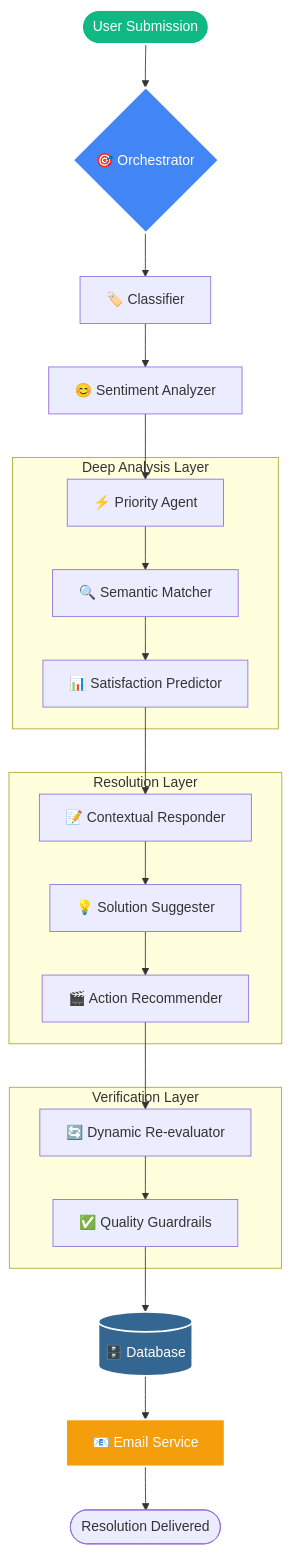
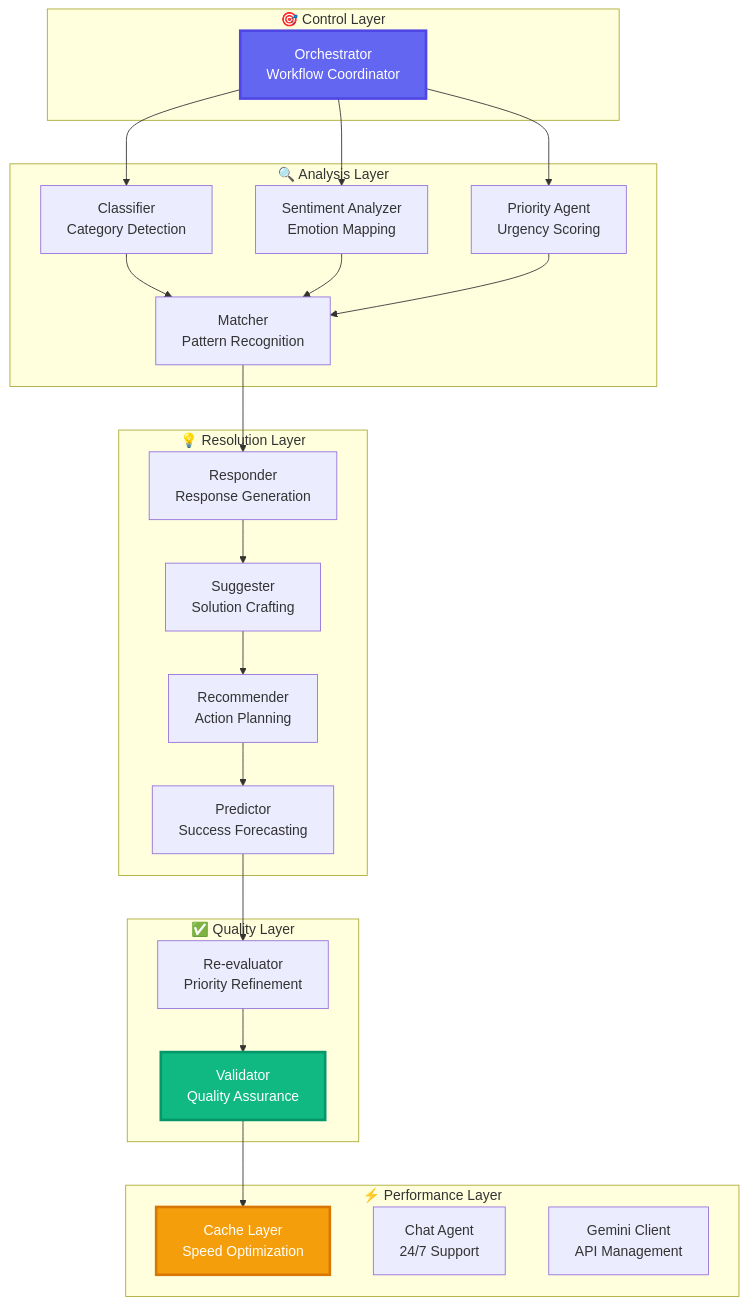
Before and after one commit to RiteshKumar2e/customer-complaint-agent_new: the second of 6 diagrams in README.md, drawn with Mermaid. The commit also changed other lines of this file, not shown here.

````diff
--- a/README.md
+++ b/README.md
@@ -648,32 +161,45 @@
 ```mermaid
-graph TD
-    User([User Submission]) --> Orchestrator{🎯 Orchestrator}
-    Orchestrator --> Classifier[🏷️ Classifier]
-    Classifier --> Sentiment[😊 Sentiment Analyzer]
-    Sentiment --> Priority[⚡ Priority Agent]
-    
-    subgraph Analysis_Core [Deep Analysis Layer]
-        Priority --> Matcher[🔍 Semantic Matcher]
-        Matcher --> Predictor[📊 Satisfaction Predictor]
+graph TB
+    subgraph "🎯 Control Layer"
+        A[Orchestrator<br/>Workflow Coordinator]
     end
     
-    subgraph Generation_Core [Resolution Layer]
-        Predictor --> Responder[📝 Contextual Responder]
-        Responder --> Suggester[💡 Solution Suggester]
-        Suggester --> Action[🎬 Action Recommender]
+    subgraph "🔍 Analysis Layer"
+        B[Classifier<br/>Category Detection]
+        C[Sentiment Analyzer<br/>Emotion Mapping]
+        D[Priority Agent<br/>Urgency Scoring]
+        E[Matcher<br/>Pattern Recognition]
     end
     
-    subgraph Quality_Control [Verification Layer]
-        Action --> Reevaluator[🔄 Dynamic Re-evaluator]
-        Reevaluator --> Validator[✅ Quality Guardrails]
+    subgraph "💡 Resolution Layer"
+        F[Responder<br/>Response Generation]
+        G[Suggester<br/>Solution Crafting]
+        H[Recommender<br/>Action Planning]
+        I[Predictor<br/>Success Forecasting]
     end
     
-    Validator --> DB[(🗄️ Database)]
-    DB --> Email[📧 Email Service]
-    Email --> UserEnd([Resolution Delivered])
+    subgraph "✅ Quality Layer"
+        J[Re-evaluator<br/>Priority Refinement]
+        K[Validator<br/>Quality Assurance]
+    end
     
-    style Orchestrator fill:#4285F4,stroke:#fff,stroke-width:2px,color:#fff
-    style DB fill:#336791,stroke:#fff,stroke-width:2px,color:#fff
-    style User fill:#10B981,stroke:#fff,stroke-width:2px,color:#fff
-    style Email fill:#F59E0B,stroke:#fff,stroke-width:2px,color:#fff
+    subgraph "⚡ Performance Layer"
+        L[Cache Layer<br/>Speed Optimization]
+        M[Chat Agent<br/>24/7 Support]
+        N[Gemini Client<br/>API Management]
+    end
+    
+    A --> B & C & D
+    B & C & D --> E
+    E --> F
+    F --> G
+    G --> H
+    H --> I
+    I --> J
+    J --> K
+    K --> L
+    
+    style A fill:#6366f1,stroke:#4f46e5,stroke-width:3px,color:#fff
+    style K fill:#10b981,stroke:#059669,stroke-width:3px,color:#fff
+    style L fill:#f59e0b,stroke:#d97706,stroke-width:3px,color:#fff
 ```
````
